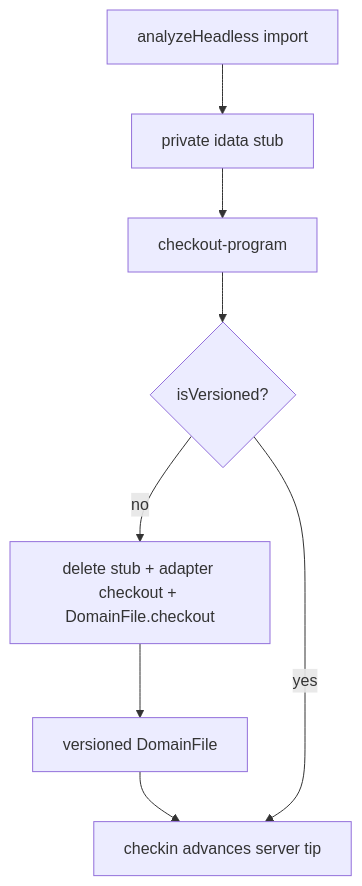
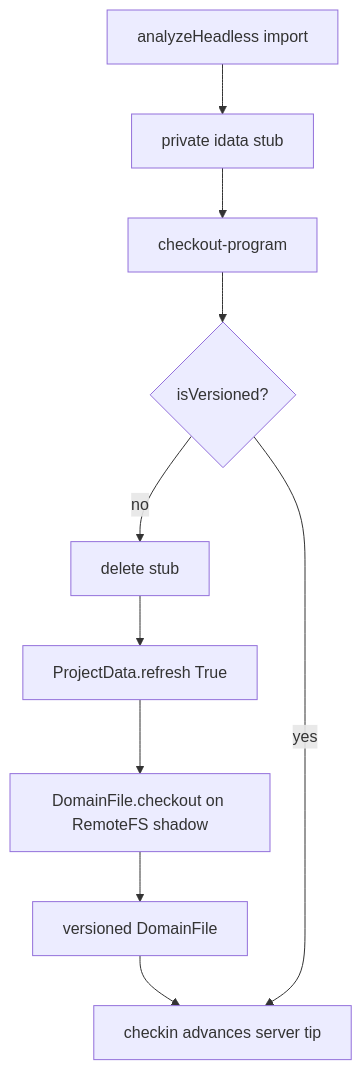
One commit to bolabaden/AgentDecompile changed the second of 2 diagrams in docs/solutions/mcp-ghidra-integration/shared-checkin-local-vc-mirror.md. Above: the diagram before and after it, drawn with Mermaid. The commit also changed other lines of this file and 3 other files, not shown here.

First line of the commit message:
Refresh ProjectData after shared stub delete so DomainFile binds.

````diff
--- a/docs/solutions/mcp-ghidra-integration/shared-checkin-local-vc-mirror.md
+++ b/docs/solutions/mcp-ghidra-integration/shared-checkin-local-vc-mirror.md
@@ -49,10 +50,12 @@
 ```mermaid
 flowchart TD
   I[analyzeHeadless import] --> P[private idata stub]
   P --> C[checkout-program]
   C --> D{isVersioned?}
-  D -->|no| X[delete stub + adapter checkout + DomainFile.checkout]
-  X --> V[versioned DomainFile]
+  D -->|no| X[delete stub]
+  X --> R[ProjectData.refresh True]
+  R --> S[DomainFile.checkout on RemoteFS shadow]
+  S --> V[versioned DomainFile]
   V --> K[checkin advances server tip]
   D -->|yes| K
 ```
````
